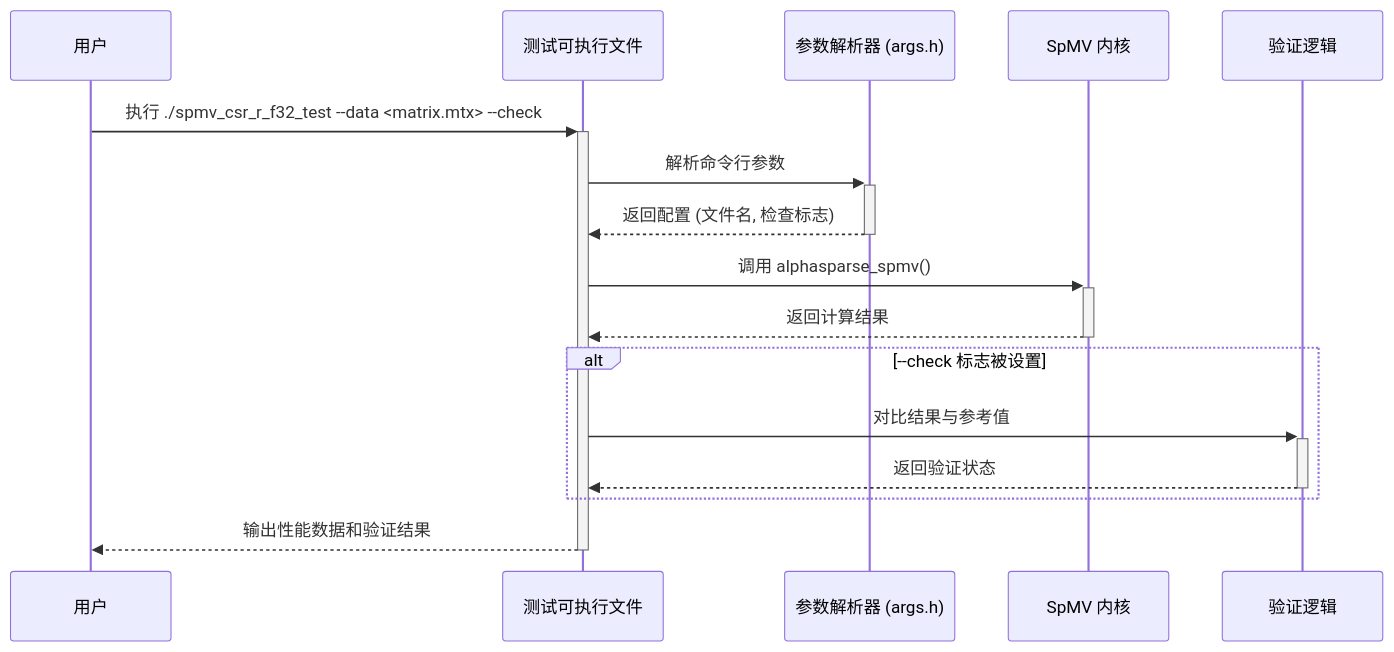
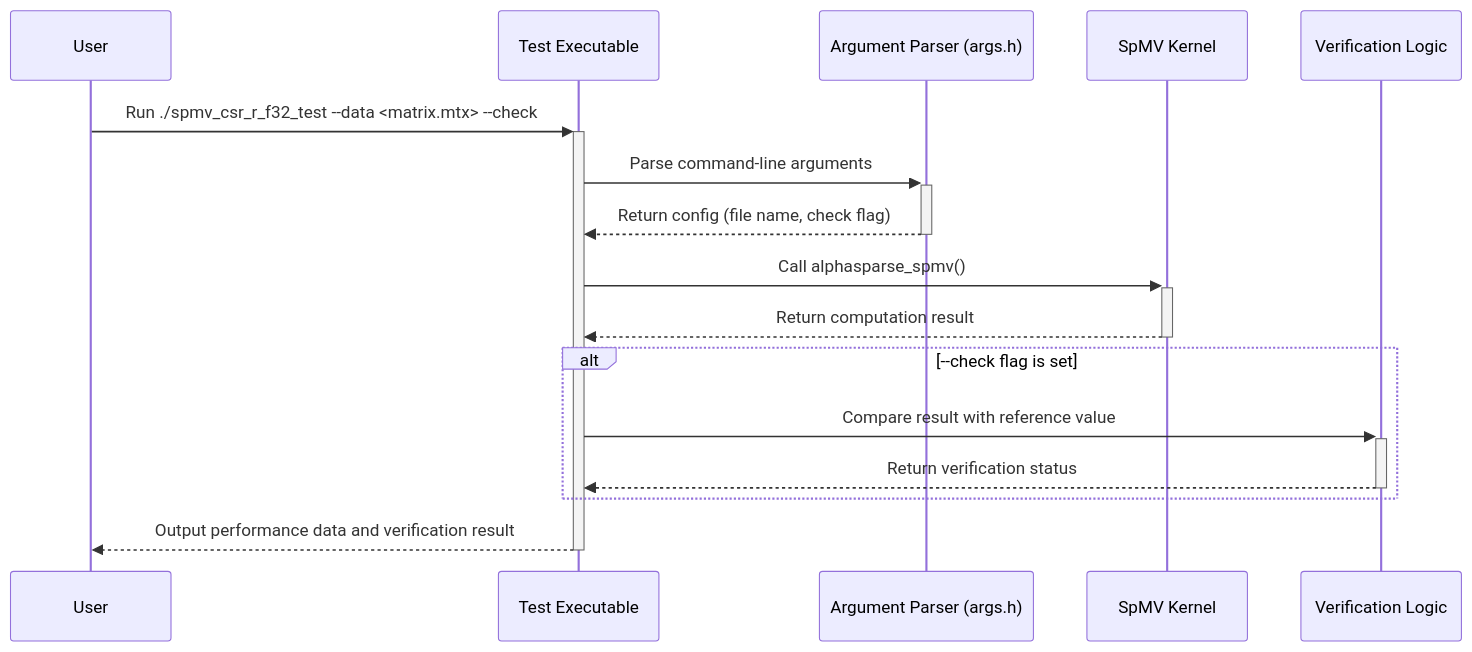
Before and after one commit to QiWu-NCIC/QiWu-KernelPerf: the eighth of 21 diagrams in KernelPerf/submissions/spmv/alphasparse/upstream/AlphasparseWiki .md, drawn with Mermaid. The commit also changed other lines of this file and 310 other files, not shown here.

````diff
--- a/KernelPerf/submissions/spmv/alphasparse/upstream/AlphasparseWiki .md
+++ b/KernelPerf/submissions/spmv/alphasparse/upstream/AlphasparseWiki .md
@@ -802,19 +802,19 @@
 ```mermaid
 sequenceDiagram
-    participant User as 用户
-    participant TestBinary as 测试可执行文件
-    participant ArgParser as 参数解析器 (args.h)
-    participant SpMV_Kernel as SpMV 内核
-    participant Verification as 验证逻辑
+    participant User as User
+    participant TestBinary as Test Executable
+    participant ArgParser as Argument Parser (args.h)
+    participant SpMV_Kernel as SpMV Kernel
+    participant Verification as Verification Logic
 
-    User->>+TestBinary: 执行 ./spmv_csr_r_f32_test --data <matrix.mtx> --check
-    TestBinary->>+ArgParser: 解析命令行参数
-    ArgParser-->>-TestBinary: 返回配置 (文件名, 检查标志)
-    TestBinary->>+SpMV_Kernel: 调用 alphasparse_spmv()
-    SpMV_Kernel-->>-TestBinary: 返回计算结果
-    alt --check 标志被设置
-        TestBinary->>+Verification: 对比结果与参考值
-        Verification-->>-TestBinary: 返回验证状态
+    User->>+TestBinary: Run ./spmv_csr_r_f32_test --data <matrix.mtx> --check
+    TestBinary->>+ArgParser: Parse command-line arguments
+    ArgParser-->>-TestBinary: Return config (file name, check flag)
+    TestBinary->>+SpMV_Kernel: Call alphasparse_spmv()
+    SpMV_Kernel-->>-TestBinary: Return computation result
+    alt --check flag is set
+        TestBinary->>+Verification: Compare result with reference value
+        Verification-->>-TestBinary: Return verification status
     end
-    TestBinary-->>-User: 输出性能数据和验证结果
+    TestBinary-->>-User: Output performance data and verification result
 ```
````
